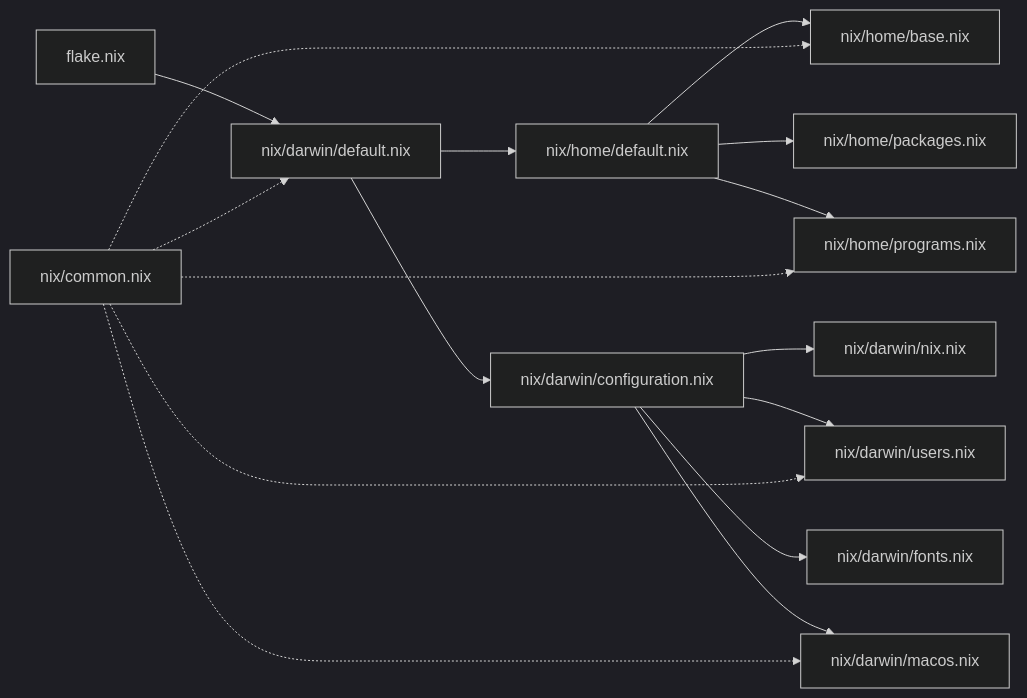
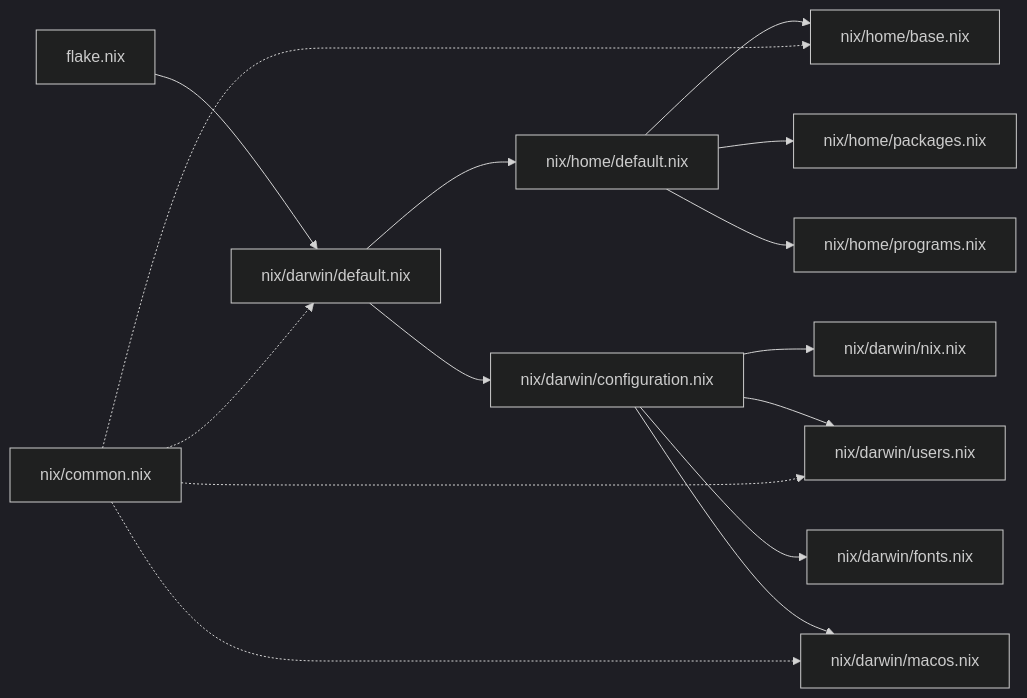
Before and after one commit to hypatia-tile/nix-darwin: the diagram in README.md, drawn with Mermaid (dark theme). The commit also changed 2 other files, not shown here.

Commit message:
docs: sync documentation with refactoring changes
- ADR 0004: update module param rule — only declare params you use
- ADR 0001: remove non-existent tex.nix from directory structure
- README: remove common.nix → programs.nix arrow (import was deleted)

````diff
--- a/README.md
+++ b/README.md
@@ -119,18 +119,17 @@
 ```mermaid
 graph LR;
   A0[flake.nix] --> B0[nix/darwin/default.nix];
   A1[nix/darwin/configuration.nix] --> B1[nix/darwin/nix.nix];
   A1 --> C1[nix/darwin/users.nix];
   A1 --> D1[nix/darwin/fonts.nix];
   A1 --> E1[nix/darwin/macos.nix];
   A2[nix/home/default.nix] --> B2[nix/home/base.nix];
   A2 --> C2[nix/home/packages.nix];
   A2 --> D2[nix/home/programs.nix];
   B0 --> A2;
   B0 --> A1;
   C0[nix/common.nix] -.-> B0;
   C0 -.-> C1;
   C0 -.-> E1;
   C0 -.-> B2;
-  C0 -.-> D2;
 ```
````
